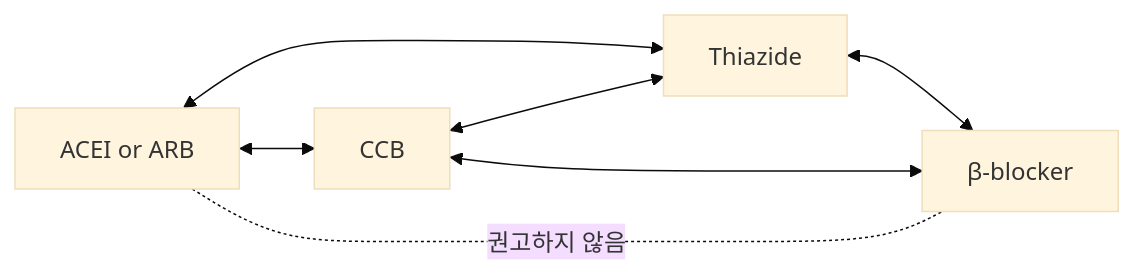
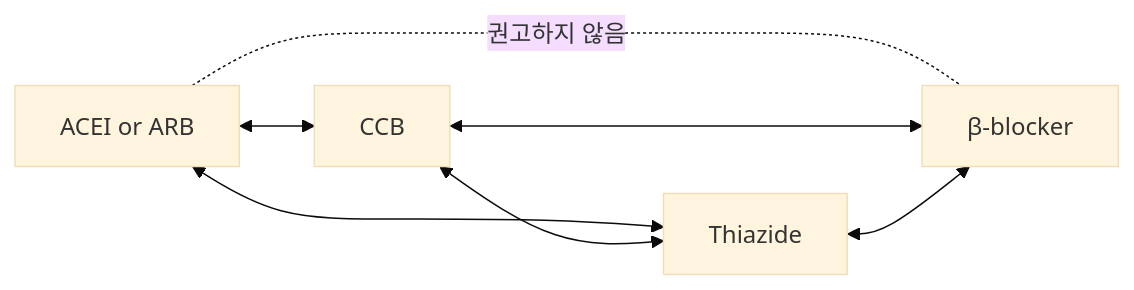
One commit to familyoh77/familyoh77 changed the third of 10 diagrams in 225_/095_-hypertension.md. Above: the diagram before and after it, drawn with Mermaid (base theme). The commit also changed other lines of this file, not shown here.

````diff
--- a/225_/095_-hypertension.md
+++ b/225_/095_-hypertension.md
@@ -845,11 +746,9 @@
 ```mermaid
 graph LR
+    A["ACEI or ARB"] <--> B[CCB]
     A <--> C[Thiazide]
-        A["ACEI or ARB"] <--> B[CCB]
     A -. 권고하지 않음 .- D[β-blocker]
     B <--> C
     B <--> D
     C <--> D
-
-
 ```
````
